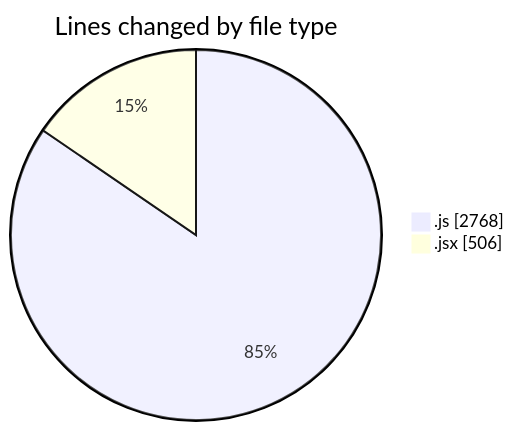
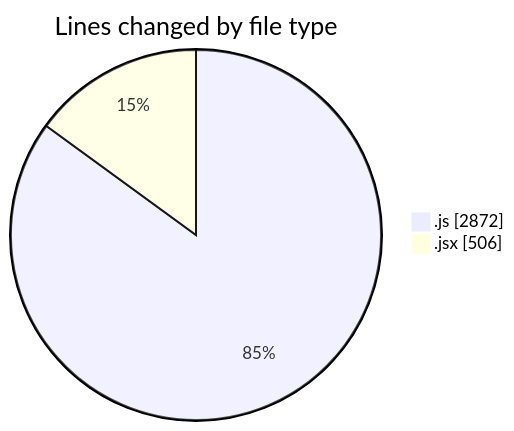
One commit to nxtqubesakshisongat/code-tracking changed the first of 2 diagrams in 2025-07-27/nxtqube_webapp/README.md. Above: the diagram before and after it, drawn with Mermaid. The commit also changed other lines of this file and 1 other file, not shown here.

````diff
--- a/2025-07-27/nxtqube_webapp/README.md
+++ b/2025-07-27/nxtqube_webapp/README.md
@@ -26,6 +27,6 @@
 ```mermaid
 pie showData
 title Lines changed by file type
-".js" : 2768
+".js" : 2872
 ".jsx" : 506
 ```
````
